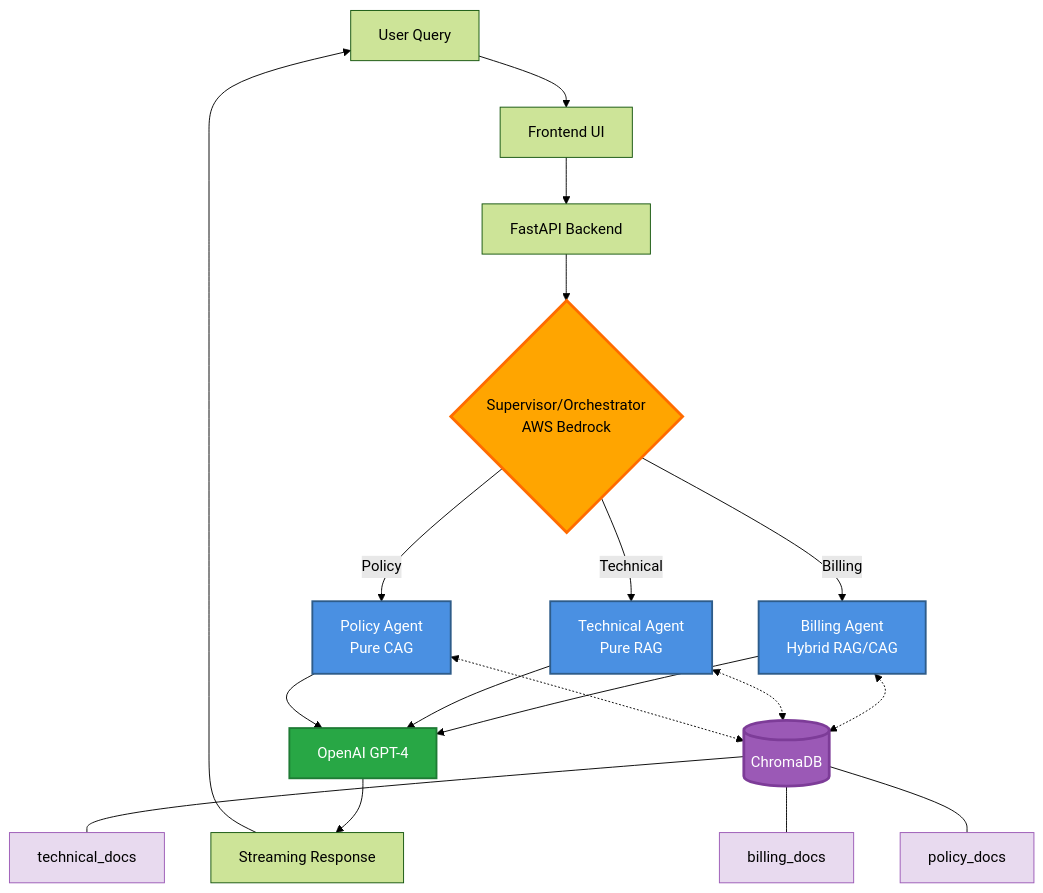
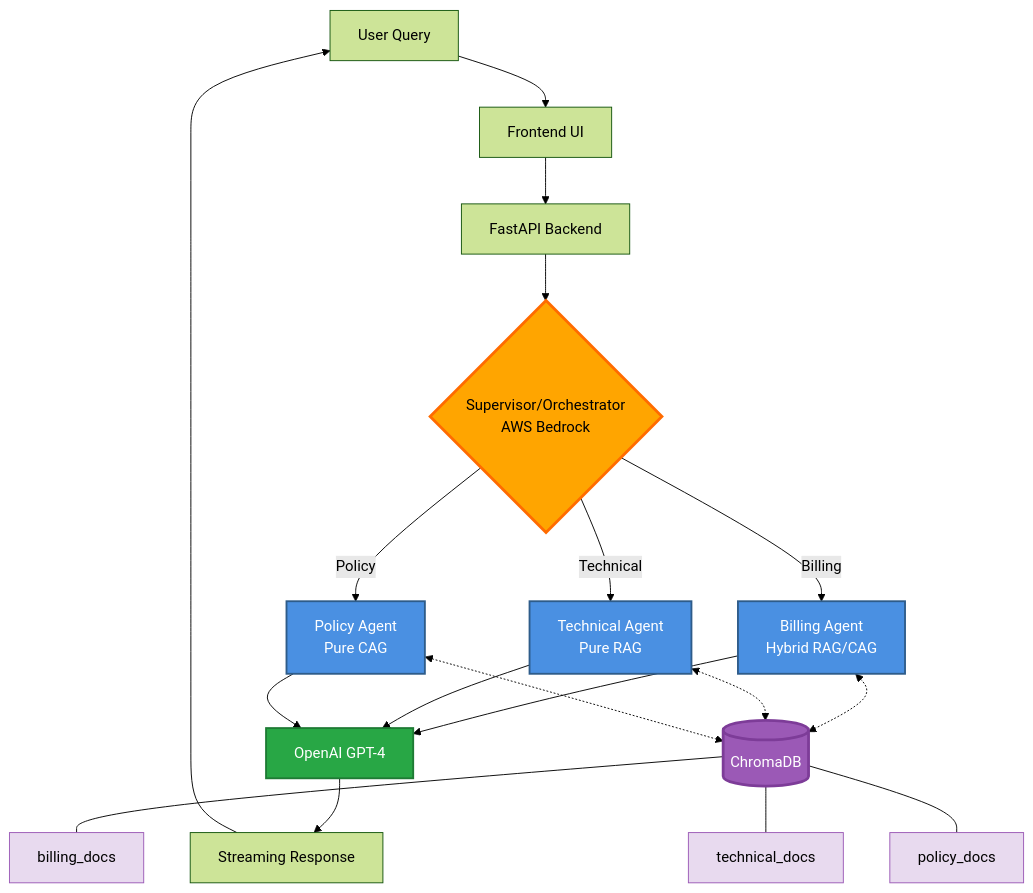
The diagram in README.md (fly2safa/multi-agent-customer-service), drawn with Mermaid (forest theme) before and after one commit. The commit also changed other lines of this file, not shown here.

````diff
--- a/README.md
+++ b/README.md
@@ -18,32 +18,32 @@
 ```mermaid
 graph TB
     A[User Query] --> B[Frontend UI]
     B --> C[FastAPI Backend]
     C --> D{Supervisor/Orchestrator<br/>AWS Bedrock}
     D -->|Billing| E[Billing Agent<br/>Hybrid RAG/CAG]
     D -->|Technical| F[Technical Agent<br/>Pure RAG]
     D -->|Policy| G[Policy Agent<br/>Pure CAG]
     E --> H[OpenAI GPT-4]
     F --> H
     G --> H
     H --> I[Streaming Response]
     I --> A
     
     E <-.-> J[(ChromaDB)]
     F <-.-> J
     G <-.-> J
     
+    J --- K[billing_docs]
     J --- L[technical_docs]
-    J --- K[billing_docs]
     J --- M[policy_docs]
     
     style D fill:#FFA500,stroke:#FF6B00,stroke-width:3px,color:#000
     style E fill:#4A90E2,stroke:#2E5C8A,stroke-width:2px,color:#FFF
     style F fill:#4A90E2,stroke:#2E5C8A,stroke-width:2px,color:#FFF
     style G fill:#4A90E2,stroke:#2E5C8A,stroke-width:2px,color:#FFF
     style H fill:#28A745,stroke:#1E7B34,stroke-width:2px,color:#FFF
     style J fill:#9B59B6,stroke:#7D3C98,stroke-width:3px,color:#FFF
     style K fill:#E8DAEF,stroke:#9B59B6,stroke-width:1px,color:#000
     style L fill:#E8DAEF,stroke:#9B59B6,stroke-width:1px,color:#000
     style M fill:#E8DAEF,stroke:#9B59B6,stroke-width:1px,color:#000
 ```
````
